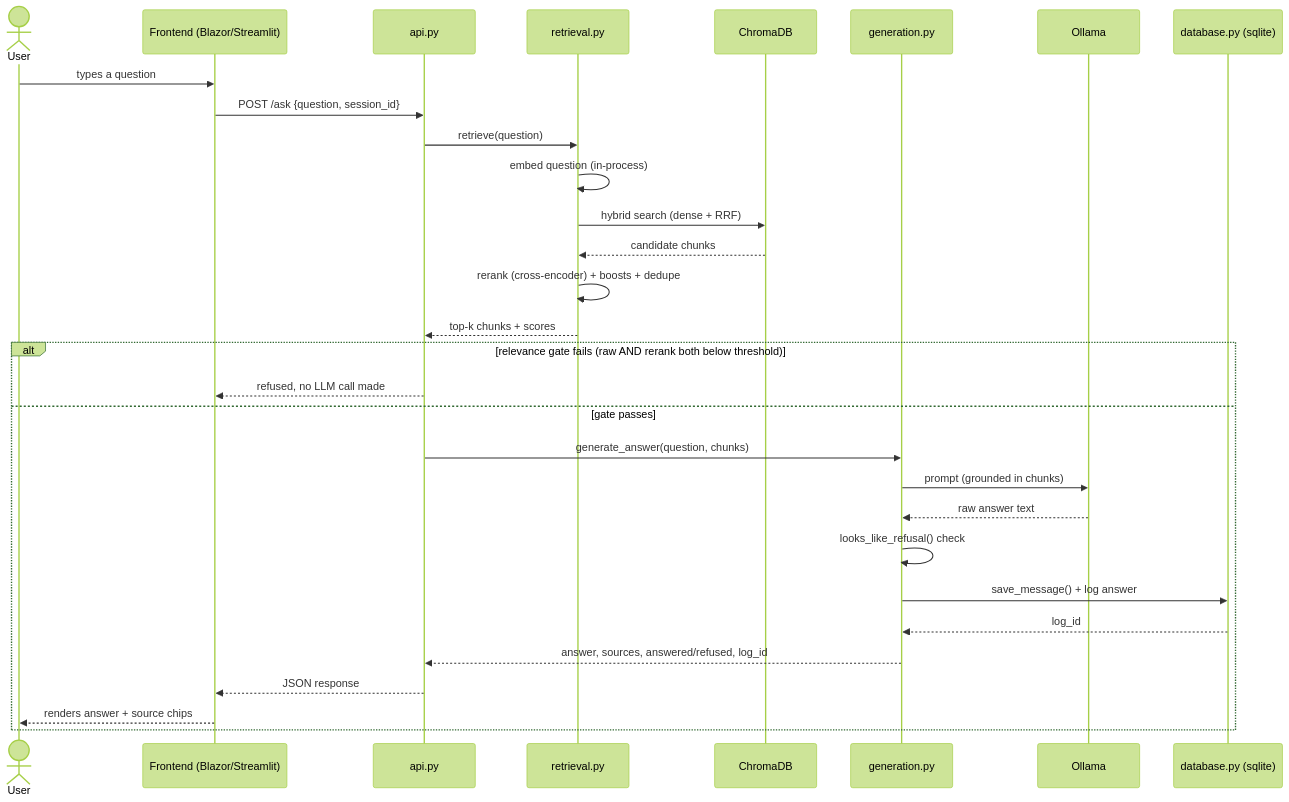
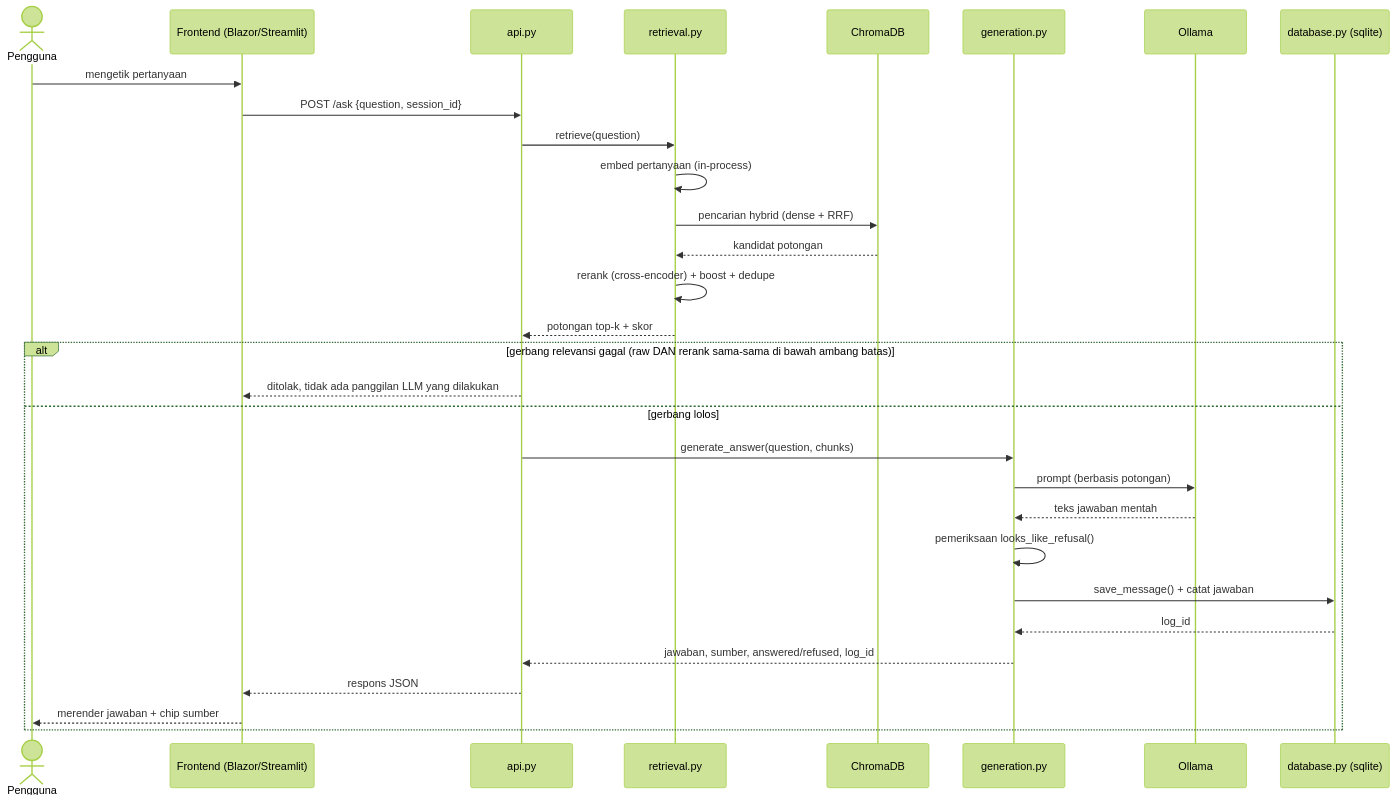
The second of 5 diagrams in ARCHITECTURE.md (riflifaizullah/rag_system), drawn with Mermaid (forest theme) before and after one commit. The commit also changed other lines of this file and 6 other files, not shown here.

````diff
--- a/ARCHITECTURE.md
+++ b/ARCHITECTURE.md
@@ -65,34 +65,34 @@
 ```mermaid
 sequenceDiagram
-    actor User
+    actor User as Pengguna
     participant UI as Frontend (Blazor/Streamlit)
     participant API as api.py
     participant Retr as retrieval.py
     participant Chroma as ChromaDB
     participant Gen as generation.py
     participant Ollama
     participant DB as database.py (sqlite)
 
-    User->>UI: types a question
+    User->>UI: mengetik pertanyaan
     UI->>API: POST /ask {question, session_id}
     API->>Retr: retrieve(question)
-    Retr->>Retr: embed question (in-process)
-    Retr->>Chroma: hybrid search (dense + RRF)
-    Chroma-->>Retr: candidate chunks
-    Retr->>Retr: rerank (cross-encoder) + boosts + dedupe
-    Retr-->>API: top-k chunks + scores
+    Retr->>Retr: embed pertanyaan (in-process)
+    Retr->>Chroma: pencarian hybrid (dense + RRF)
+    Chroma-->>Retr: kandidat potongan
+    Retr->>Retr: rerank (cross-encoder) + boost + dedupe
+    Retr-->>API: potongan top-k + skor
 
-    alt relevance gate fails (raw AND rerank both below threshold)
-        API-->>UI: refused, no LLM call made
-    else gate passes
+    alt gerbang relevansi gagal (raw DAN rerank sama-sama di bawah ambang batas)
+        API-->>UI: ditolak, tidak ada panggilan LLM yang dilakukan
+    else gerbang lolos
         API->>Gen: generate_answer(question, chunks)
-        Gen->>Ollama: prompt (grounded in chunks)
-        Ollama-->>Gen: raw answer text
-        Gen->>Gen: looks_like_refusal() check
-        Gen->>DB: save_message() + log answer
+        Gen->>Ollama: prompt (berbasis potongan)
+        Ollama-->>Gen: teks jawaban mentah
+        Gen->>Gen: pemeriksaan looks_like_refusal()
+        Gen->>DB: save_message() + catat jawaban
         DB-->>Gen: log_id
-        Gen-->>API: answer, sources, answered/refused, log_id
-        API-->>UI: JSON response
-        UI-->>User: renders answer + source chips
+        Gen-->>API: jawaban, sumber, answered/refused, log_id
+        API-->>UI: respons JSON
+        UI-->>User: merender jawaban + chip sumber
     end
 ```
````
